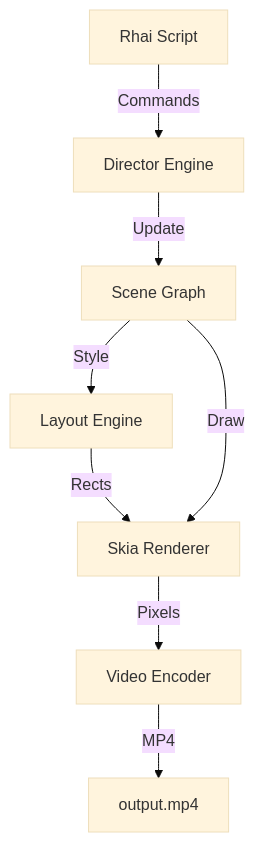
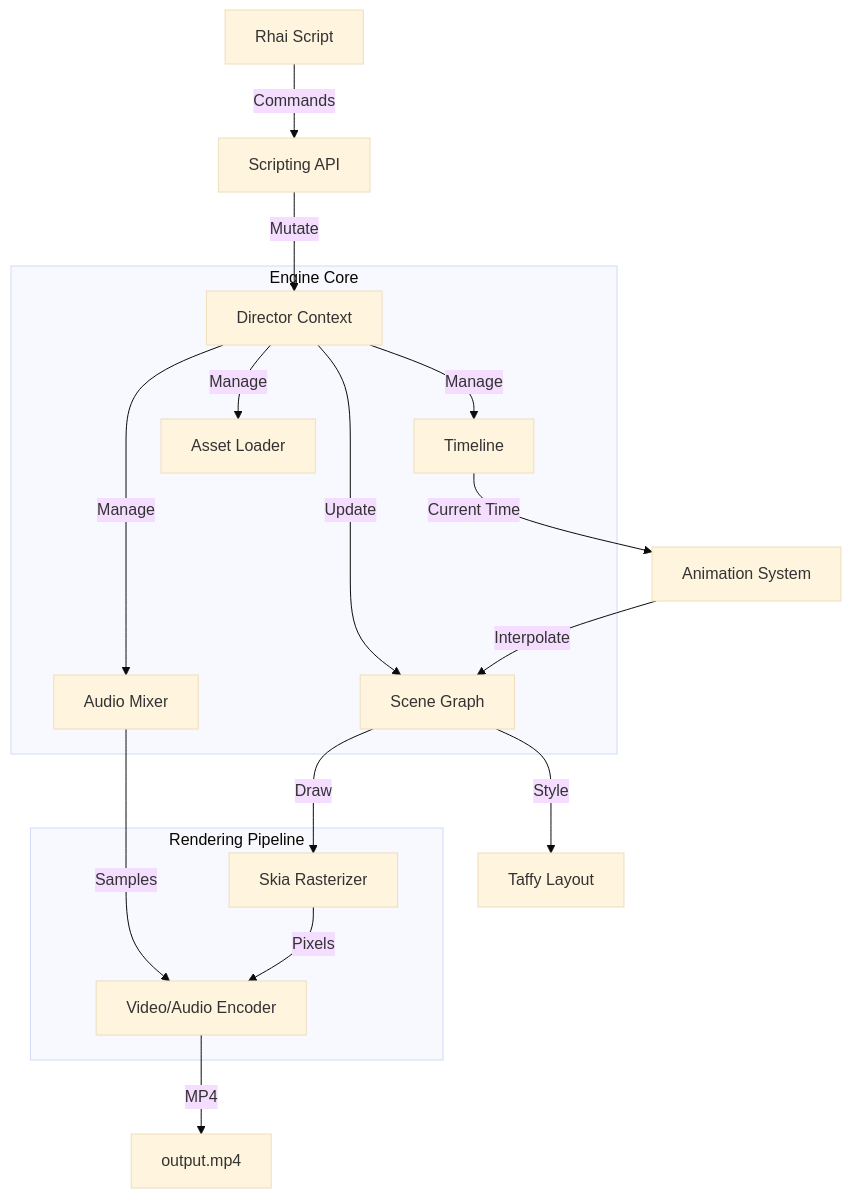
The diagram in README.md (babybirdprd/rust-skia-engine), drawn with Mermaid (base theme) before and after one commit. The commit also changed other lines of this file and 2 other files, not shown here.

First line of the commit message:
Update README and add comprehensive API documentation

````diff
--- a/README.md
+++ b/README.md
@@ -18,10 +18,24 @@
 ```mermaid
 graph TD
-    Script[Rhai Script] -->|Commands| Director[Director Engine]
-    Director -->|Update| Nodes[Scene Graph]
-    Nodes -->|Style| Taffy[Layout Engine]
-    Taffy -->|Rects| Skia[Skia Renderer]
-    Nodes -->|Draw| Skia
-    Skia -->|Pixels| Encoder[Video Encoder]
+    Script[Rhai Script] -->|Commands| API[Scripting API]
+    API -->|Mutate| Director[Director Context]
+
+    subgraph Engine Core
+        Director -->|Manage| Timeline[Timeline]
+        Director -->|Manage| AssetLoader[Asset Loader]
+        Director -->|Manage| Mixer[Audio Mixer]
+        Director -->|Update| SceneGraph[Scene Graph]
+    end
+
+    SceneGraph -->|Style| Taffy[Taffy Layout]
+    Timeline -->|Current Time| Animation[Animation System]
+    Animation -->|Interpolate| SceneGraph
+
+    subgraph Rendering Pipeline
+        SceneGraph -->|Draw| Skia[Skia Rasterizer]
+        Mixer -->|Samples| Encoder[Video/Audio Encoder]
+        Skia -->|Pixels| Encoder
+    end
+
     Encoder -->|MP4| Output[output.mp4]
 ```
````
